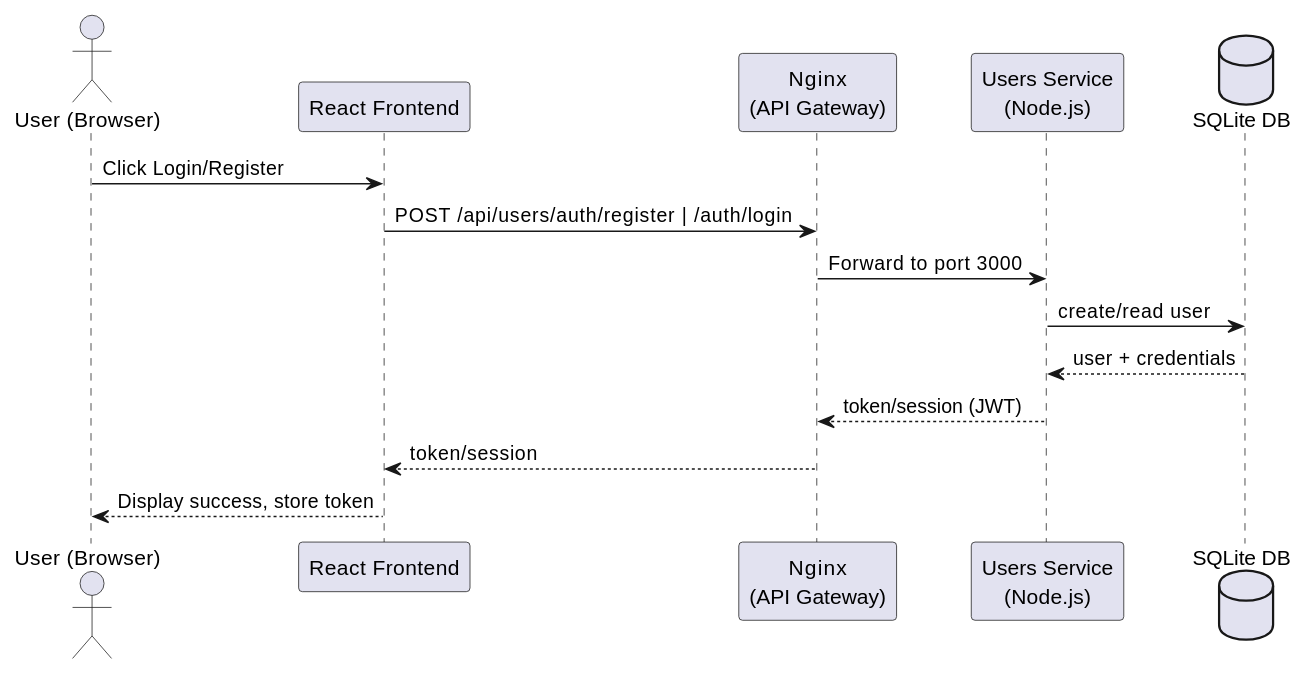
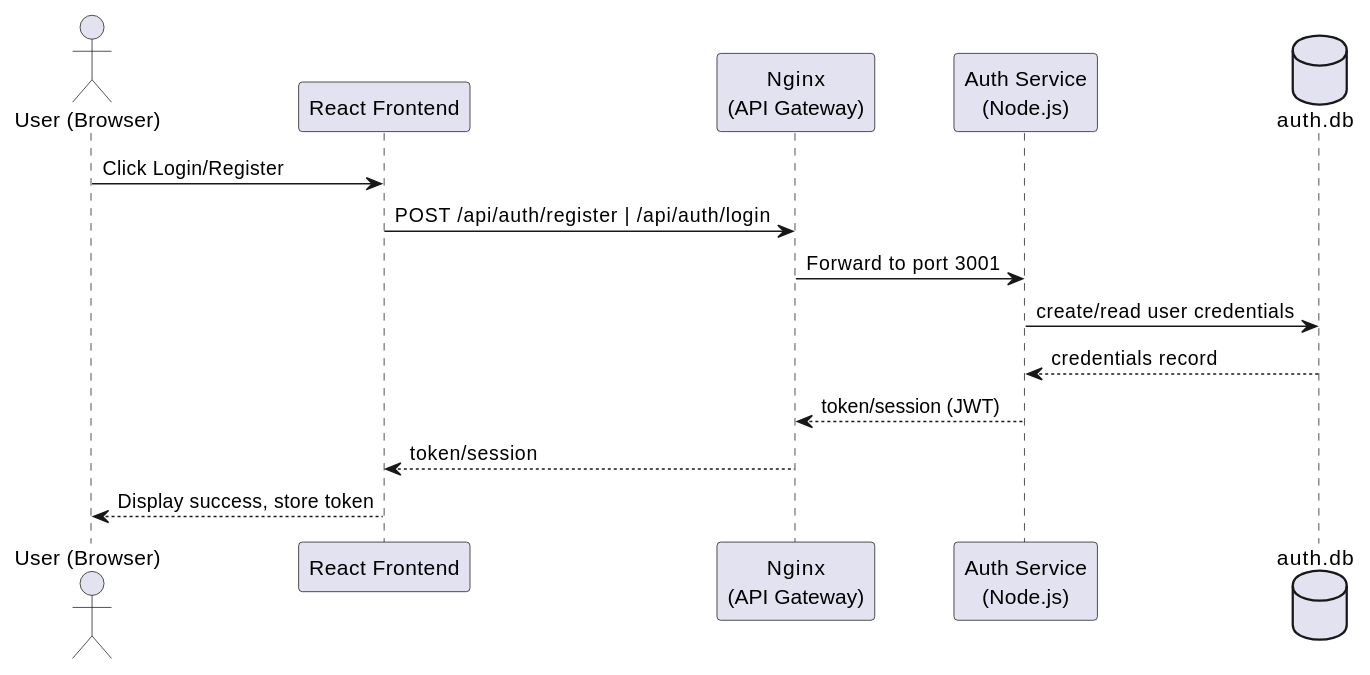
Before and after one commit to Arquisoft/yovi_es1c: the first of 6 diagrams in docs/src/06_runtime_view.adoc, drawn with PlantUML. The commit also changed other lines of this file and 11 other files, not shown here.

```diff
--- a/docs/src/06_runtime_view.adoc
+++ b/docs/src/06_runtime_view.adoc
@@ -14,17 +14,17 @@
 [plantuml, "runtime-login", png]
 ----
 actor "User (Browser)" as Human
 participant "React Frontend" as Frontend
 participant "Nginx\n(API Gateway)" as Nginx
-participant "Users Service\n(Node.js)" as Users
-database "SQLite DB" as DB
+participant "Auth Service\n(Node.js)" as Auth
+database "auth.db" as AuthDB
 
 Human -> Frontend: Click Login/Register
-Frontend -> Nginx: POST /api/users/auth/register | /auth/login
-Nginx -> Users: Forward to port 3000
-Users -> DB: create/read user
-DB --> Users: user + credentials
-Users --> Nginx: token/session (JWT)
+Frontend -> Nginx: POST /api/auth/register | /api/auth/login
+Nginx -> Auth: Forward to port 3001
+Auth -> AuthDB: create/read user credentials
+AuthDB --> Auth: credentials record
+Auth --> Nginx: token/session (JWT)
 Nginx --> Frontend: token/session
 Frontend --> Human: Display success, store token
 ----
```
